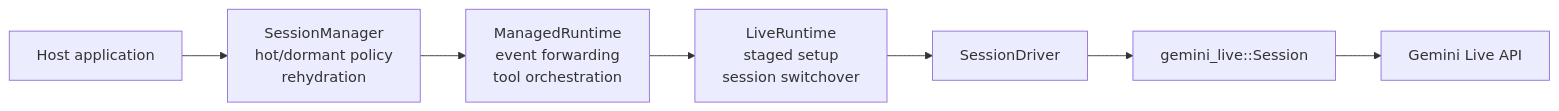
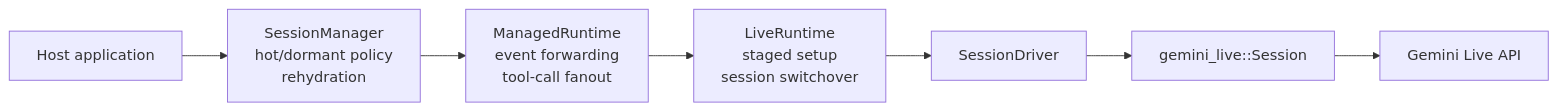
The first of 4 diagrams in crates/gemini-live-runtime/README.md (JacobLinCool/gemini-live-rs), drawn with Mermaid before and after one commit. The commit also changed other lines of this file and 51 other files, not shown here.

````diff
--- a/crates/gemini-live-runtime/README.md
+++ b/crates/gemini-live-runtime/README.md
@@ -18,9 +18,9 @@
 ```mermaid
 flowchart LR
     Host["Host application"] --> SM["SessionManager<br/>hot/dormant policy<br/>rehydration"]
-    SM --> MR["ManagedRuntime<br/>event forwarding<br/>tool orchestration"]
+    SM --> MR["ManagedRuntime<br/>event forwarding<br/>tool-call fanout"]
     MR --> LR["LiveRuntime<br/>staged setup<br/>session switchover"]
     LR --> Driver["SessionDriver"]
     Driver --> Session["gemini_live::Session"]
     Session --> API["Gemini Live API"]
 ```
````
